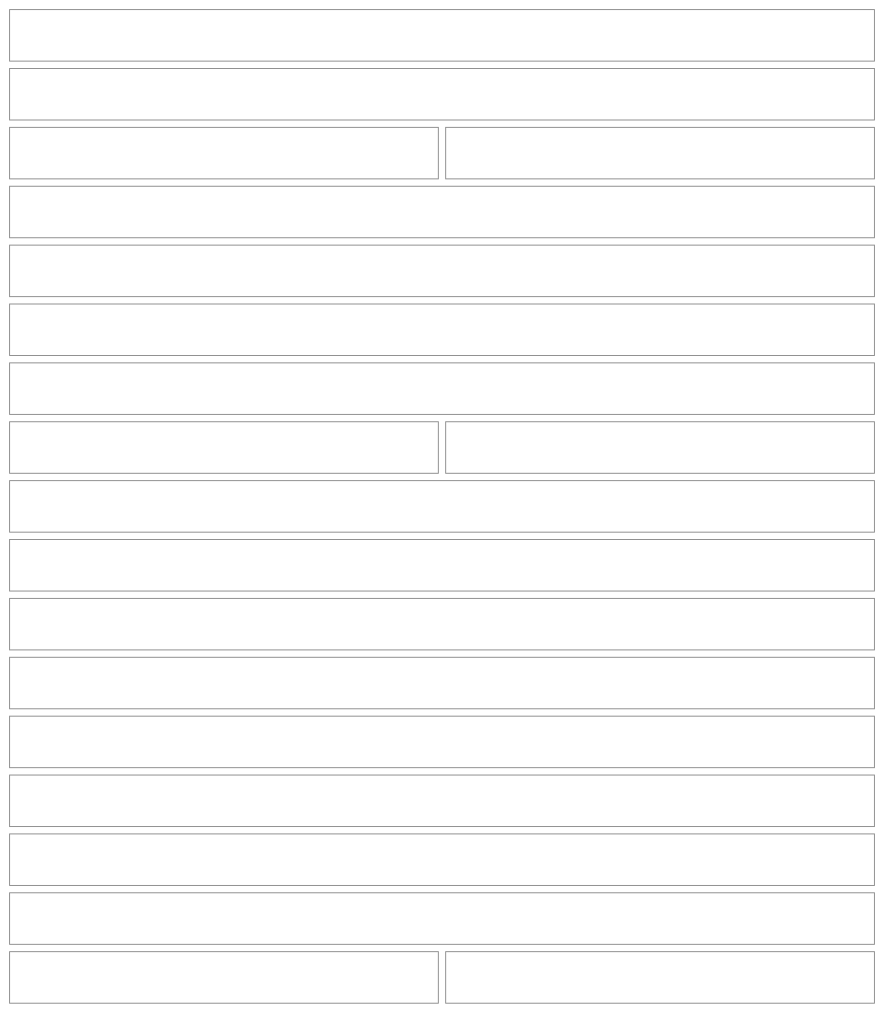
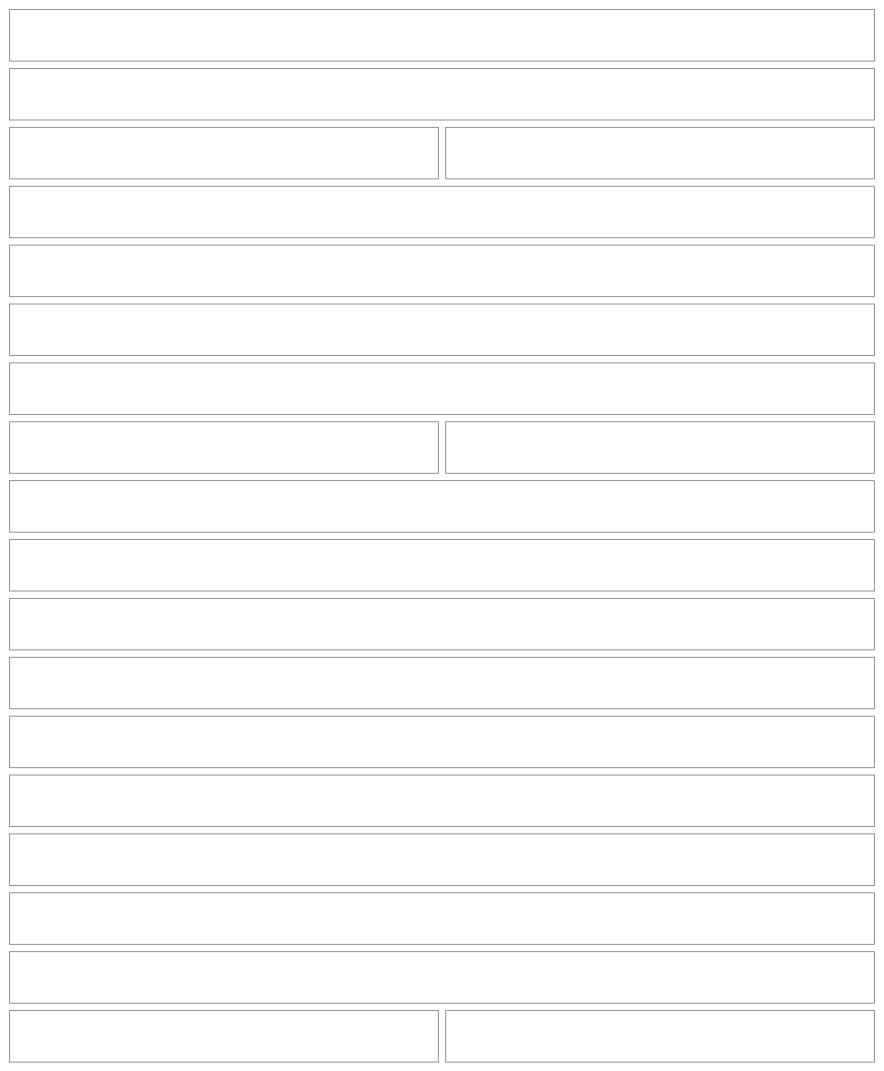
Diagram 20 of 57 in src/apps/pinch/UX.md (NovaMoonX/moondreams-dev-apps), drawn with Mermaid before and after one commit. The commit also changed other lines of this file and 123 other files, not shown here.

````diff
--- a/src/apps/pinch/UX.md
+++ b/src/apps/pinch/UX.md
@@ -610,45 +660,47 @@
 ```mermaid
 %%{init: {'theme': 'base', 'themeVariables': {'primaryColor': 'transparent', 'primaryBorderColor': '#888888', 'primaryTextColor': '#333333', 'lineColor': '#888888'}}}%%
 block-beta
   columns 2
   E1["‹ Adobo chicken"]:2
   E2["Title<br/>Adobo chicken  ›"]:2
   E3["Servings"]:1
   E4["[ − 4 + ]"]:1
   E5["Prep and cook<br/>Prep 10 min · Cook 35 min  ›"]:2
   E7["Description<br/>Sticky, tangy chicken thighs…  ›"]:2
   E6["Photo"]:2
   E9["INGREDIENTS (a count only past 10)"]:2
   E10["Chicken thighs"]:1
   E11["2 lb"]:1
+  E11b["— For the sauce ✎ — (a group heading, only once a line has a group: tap to rename or remove it)"]:2
   E12["+ Add ingredient"]:2
   E13["STEPS"]:2
   E14["+ Add a step"]:2
   E19["WHERE IT'S FROM<br/>+ New source · Mom's recipe cards · Serious Eats (sources on a recipe)"]:2
   E21["Keeping it<br/>Fridge 3 days, freezer 3 months, reheating, tip  ›"]:2
   E15["NUTRITION · calculated, per serving   Edit"]:2
   E16["🔥 495 · 💪 61g · 🌾 3g · 🥑 25g"]:2
   E20["What changed and why? (only for a recipe you've cooked) · Optional. Saving adds a note with today's date and what you changed."]:2
   E17["Cancel"]:1
   E18["Save"]:1
   style E1 fill:transparent,stroke:#888888,stroke-width:1px;
   style E2 fill:transparent,stroke:#888888,stroke-width:1px;
   style E3 fill:transparent,stroke:#888888,stroke-width:1px;
   style E4 fill:transparent,stroke:#888888,stroke-width:1px;
   style E5 fill:transparent,stroke:#888888,stroke-width:1px;
   style E6 fill:transparent,stroke:#888888,stroke-width:1px;
   style E7 fill:transparent,stroke:#888888,stroke-width:1px;
   style E19 fill:transparent,stroke:#888888,stroke-width:1px;
   style E9 fill:transparent,stroke:#888888,stroke-width:1px;
   style E10 fill:transparent,stroke:#888888,stroke-width:1px;
   style E11 fill:transparent,stroke:#888888,stroke-width:1px;
+  style E11b fill:transparent,stroke:#888888,stroke-width:1px;
   style E12 fill:transparent,stroke:#888888,stroke-width:1px;
   style E13 fill:transparent,stroke:#888888,stroke-width:1px;
   style E14 fill:transparent,stroke:#888888,stroke-width:1px;
   style E21 fill:transparent,stroke:#888888,stroke-width:1px;
   style E15 fill:transparent,stroke:#888888,stroke-width:1px;
   style E16 fill:transparent,stroke:#888888,stroke-width:1px;
   style E20 fill:transparent,stroke:#888888,stroke-width:1px;
   style E17 fill:transparent,stroke:#888888,stroke-width:1px;
   style E18 fill:transparent,stroke:#888888,stroke-width:1px;
 ```
````
